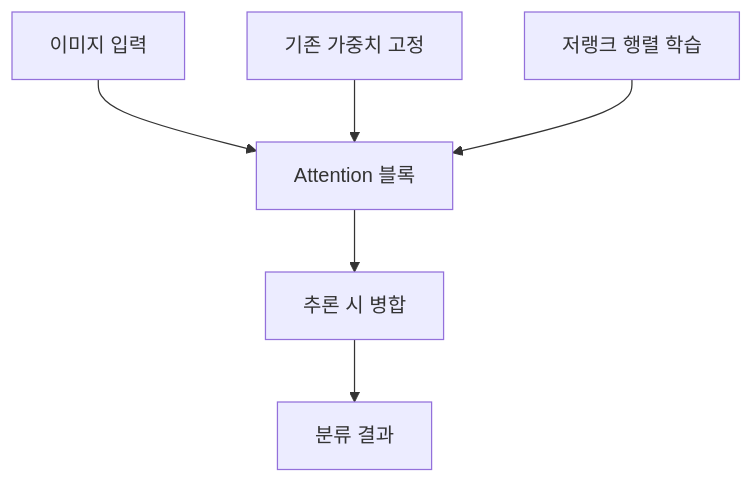
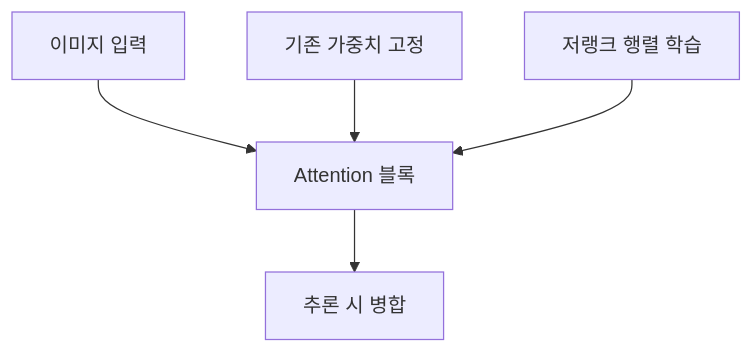
Before and after one commit to umyunsang/edu: the third of 3 diagrams in ComputerScience/03_ai-ml-data/generative-ai-fine-tuning/notes/46. 지시문 데이터와 대화 파인튜닝.md, drawn with Mermaid. The commit also changed 1 other file, not shown here.

Commit message:
Auto-save: Updated ComputerScience/03_ai-ml-data/generative-ai-fine-tuning/notes/46. 지시문 데이터와 대화 파인튜닝.md, ComputerScience/03_ai-ml-data/generative-ai-fine-tuning/notes/50. 이미지 LoRA 학습과 적용.md

````diff
--- a/ComputerScience/03_ai-ml-data/generative-ai-fine-tuning/notes/46. 지시문 데이터와 대화 파인튜닝.md
+++ b/ComputerScience/03_ai-ml-data/generative-ai-fine-tuning/notes/46. 지시문 데이터와 대화 파인튜닝.md
@@ -101,8 +101,7 @@
 ```mermaid
 flowchart TB
     Image[이미지 입력] --> Block[Attention 블록]
     Base[기존 가중치 고정] --> Block
     Update[저랭크 행렬 학습] --> Block
     Block --> Merge[추론 시 병합]
-    Merge --> Result[분류 결과]
 ```
````
